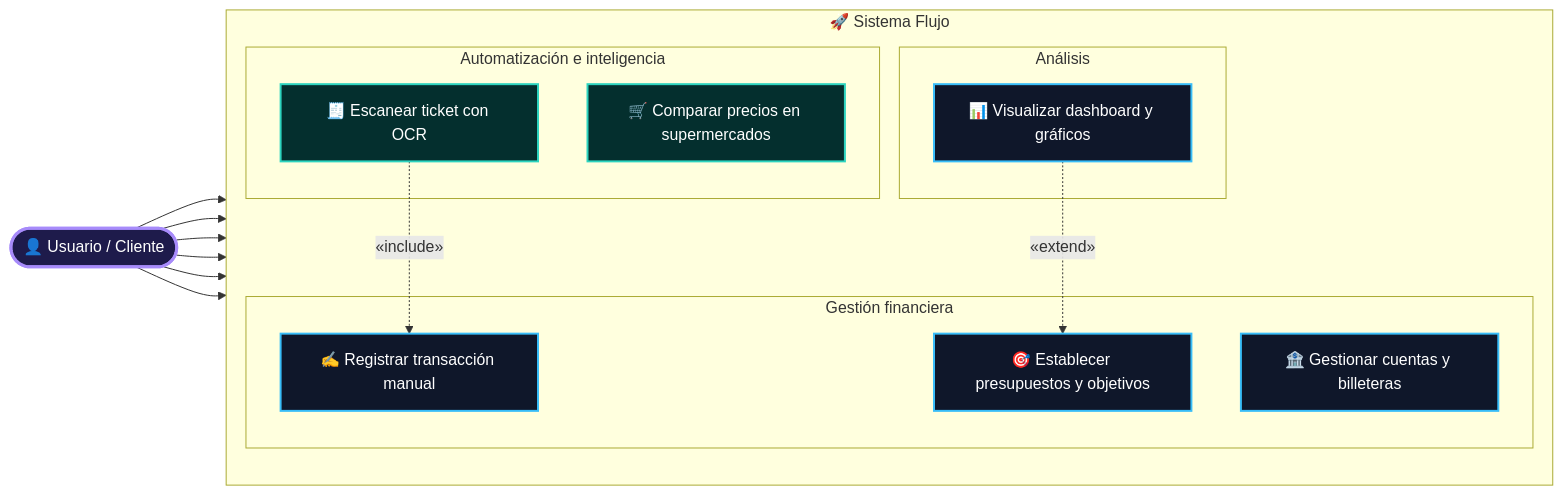
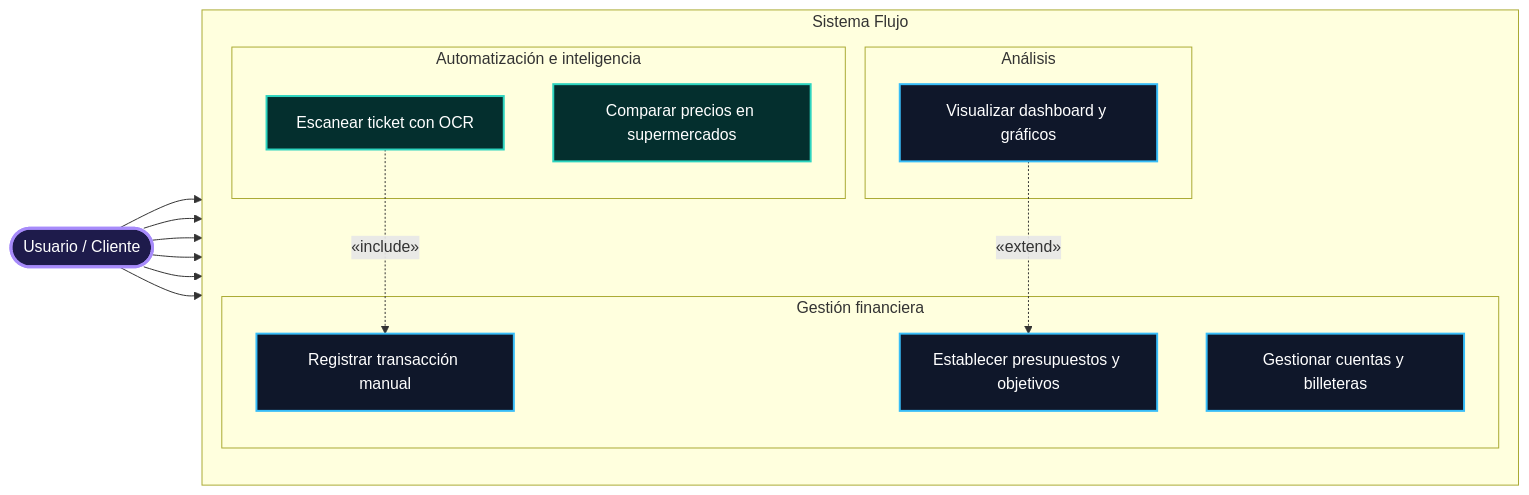
Before and after one commit to carpincho2/Gestor-Finanzas: the second of 4 diagrams in mds/diagramas_arquitectura.md, drawn with Mermaid. The commit also changed other lines of this file and 2 other files, not shown here.

Commit message:
docs: remover emojis de todos los diagramas mermaid

````diff
--- a/mds/diagramas_arquitectura.md
+++ b/mds/diagramas_arquitectura.md
@@ -49,31 +49,31 @@
 ```mermaid
 flowchart LR
     classDef actor fill:#1e1b4b,stroke:#a78bfa,stroke-width:3px,color:#fff
     classDef uc fill:#0f172a,stroke:#38bdf8,stroke-width:2px,color:#fff
     classDef ai fill:#042f2e,stroke:#2dd4bf,stroke-width:2px,color:#fff
 
-    U(["👤 Usuario / Cliente"]):::actor
+    U([" Usuario / Cliente"]):::actor
 
-    subgraph SYS["🚀 Sistema Flujo"]
+    subgraph SYS[" Sistema Flujo"]
         direction TB
         subgraph G1["Gestión financiera"]
-            UC1["🏦 Gestionar cuentas y billeteras"]
-            UC2["✍️ Registrar transacción manual"]
-            UC5["🎯 Establecer presupuestos y objetivos"]
+            UC1[" Gestionar cuentas y billeteras"]
+            UC2[" Registrar transacción manual"]
+            UC5[" Establecer presupuestos y objetivos"]
         end
         subgraph G2["Automatización e inteligencia"]
-            UC3["🧾 Escanear ticket con OCR"]
-            UC6["🛒 Comparar precios en supermercados"]
+            UC3[" Escanear ticket con OCR"]
+            UC6[" Comparar precios en supermercados"]
         end
         subgraph G3["Análisis"]
-            UC4["📊 Visualizar dashboard y gráficos"]
+            UC4[" Visualizar dashboard y gráficos"]
         end
     end
 
     U --> UC1 & UC2 & UC3 & UC4 & UC5 & UC6
     UC3 -. "«include»" .-> UC2
     UC4 -. "«extend»" .-> UC5
 
     class UC1,UC2,UC4,UC5 uc
     class UC3,UC6 ai
 ```
````
